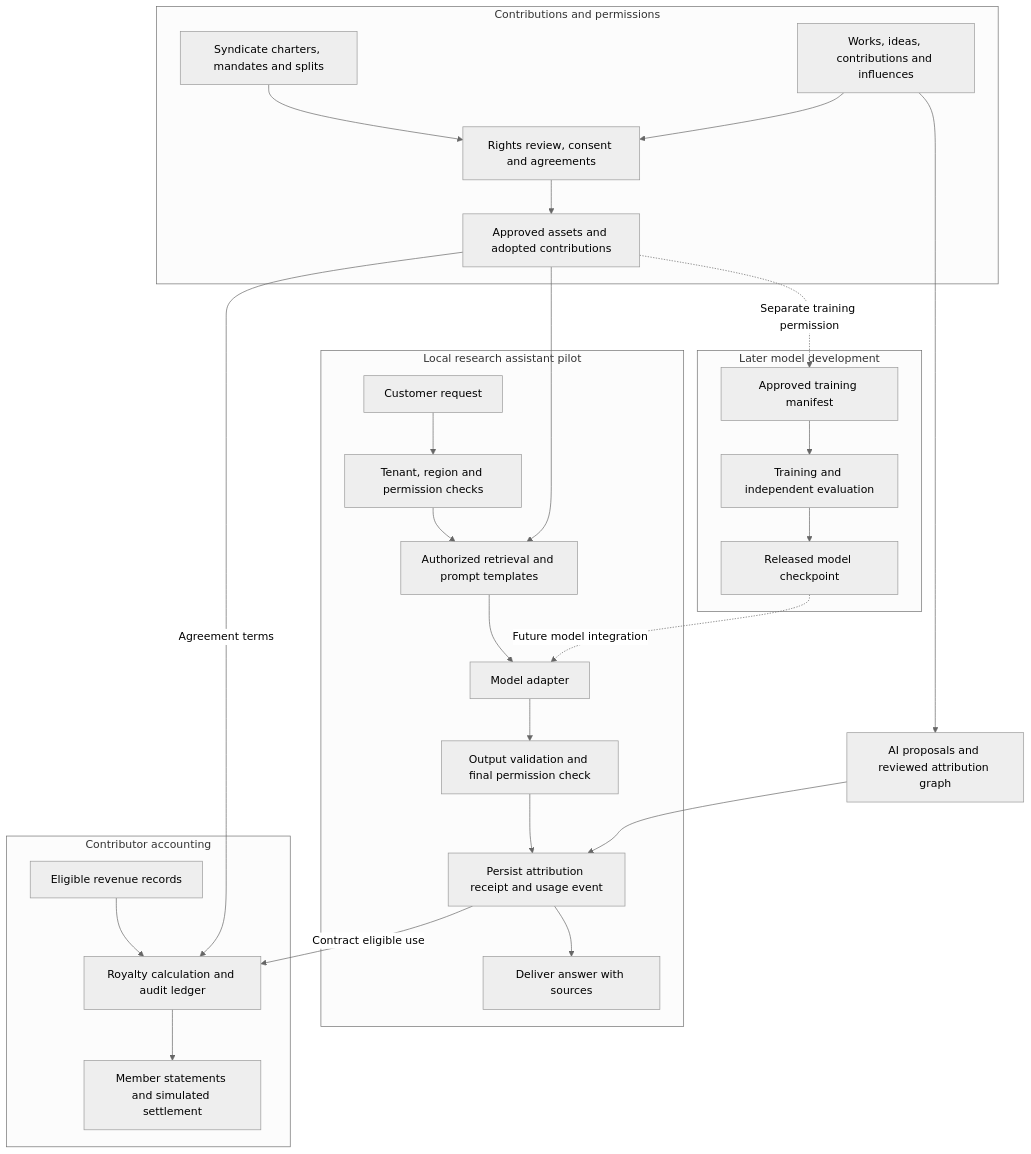
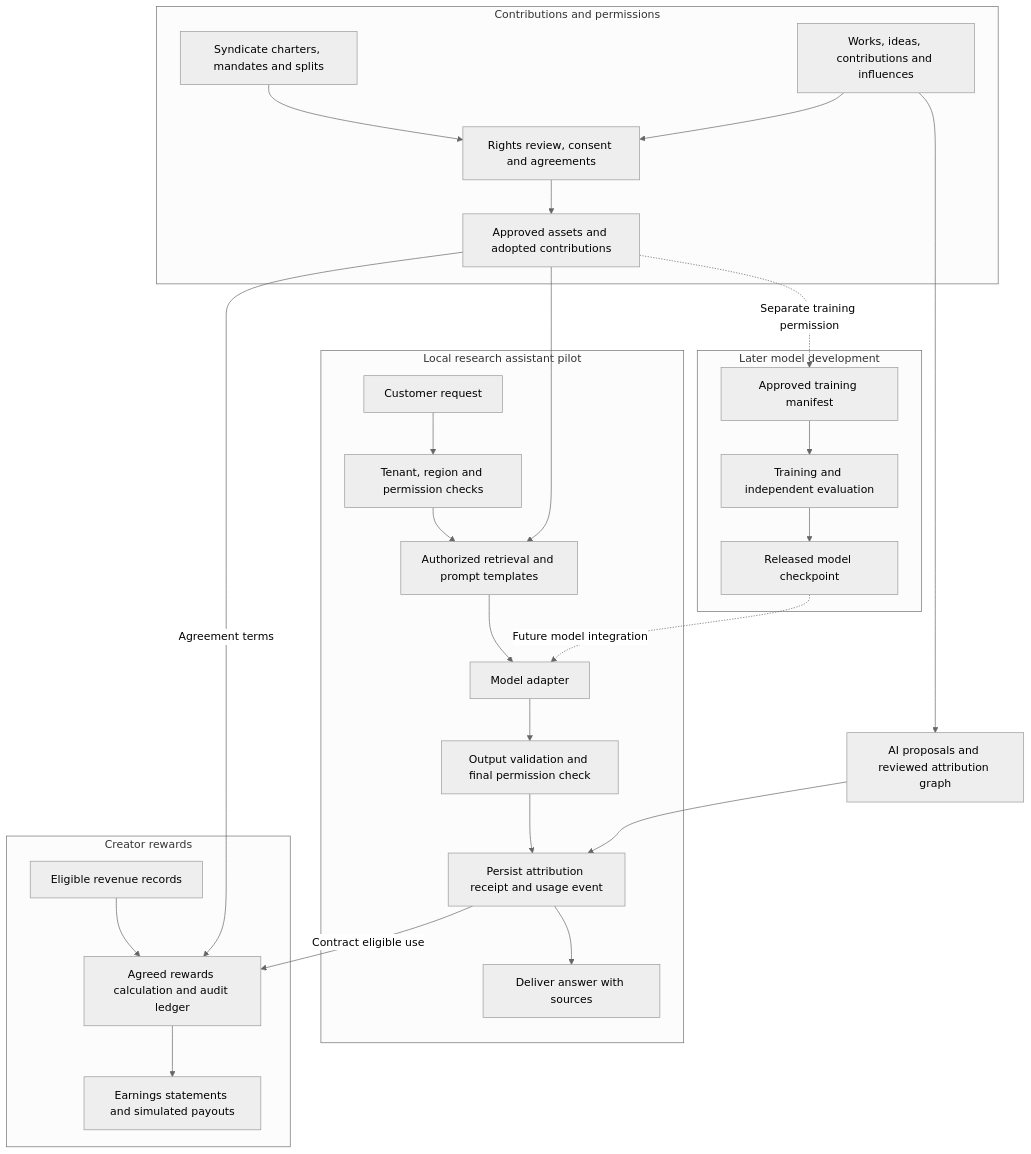
One commit to niccolox/sovsrc.llm-ip-ideas changed the diagram in README.md. Above: the diagram before and after it, drawn with Mermaid (neutral theme). The commit also changed other lines of this file and 7 other files, not shown here.

````diff
--- a/README.md
+++ b/README.md
@@ -36,44 +60,44 @@
 ```mermaid
 flowchart TD
     subgraph Intake[Contributions and permissions]
         A[Works, ideas, contributions and influences]
         B[Rights review, consent and agreements]
         C[Approved assets and adopted contributions]
         Y[Syndicate charters, mandates and splits]
         Y --> B
         A --> B --> C
     end
 
     subgraph Pilot[Local research assistant pilot]
         U[Customer request]
         P[Tenant, region and permission checks]
         D[Authorized retrieval and prompt templates]
         M[Model adapter]
         V[Output validation and final permission check]
         E[Persist attribution receipt and usage event]
         O[Deliver answer with sources]
         U --> P --> D --> M --> V --> E --> O
     end
 
-    subgraph Accounting[Contributor accounting]
+    subgraph Accounting[Creator rewards]
         R[Eligible revenue records]
-        L[Royalty calculation and audit ledger]
-        S[Member statements and simulated settlement]
+        L[Agreed rewards calculation and audit ledger]
+        S[Earnings statements and simulated payouts]
         R --> L --> S
     end
 
     subgraph Research[Later model development]
         T[Approved training manifest]
         F[Training and independent evaluation]
         K[Released model checkpoint]
         T --> F --> K
     end
 
     C --> D
     A --> G[AI proposals and reviewed attribution graph]
     G --> E
     C -->|Agreement terms| L
     E -->|Contract eligible use| L
     C -.->|Separate training permission| T
     K -.->|Future model integration| M
 ```
````
